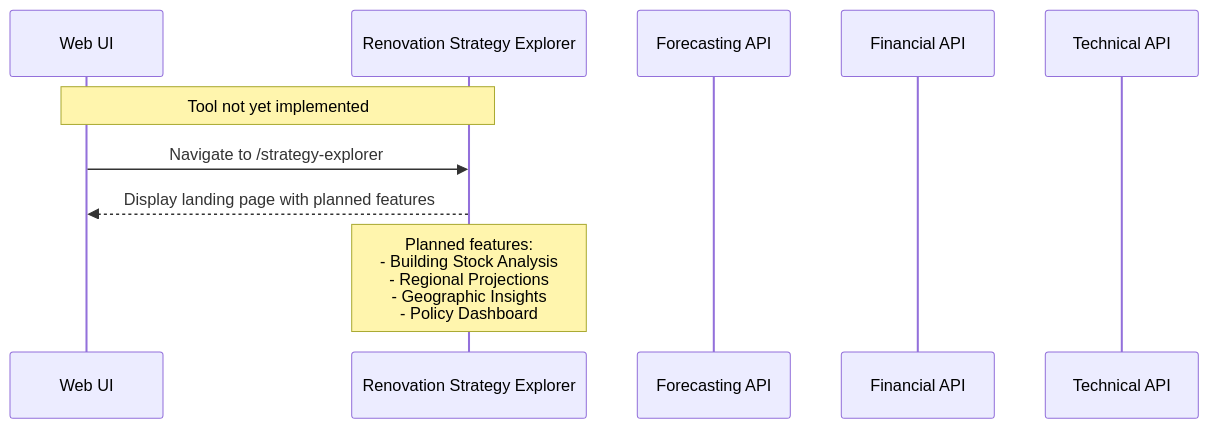
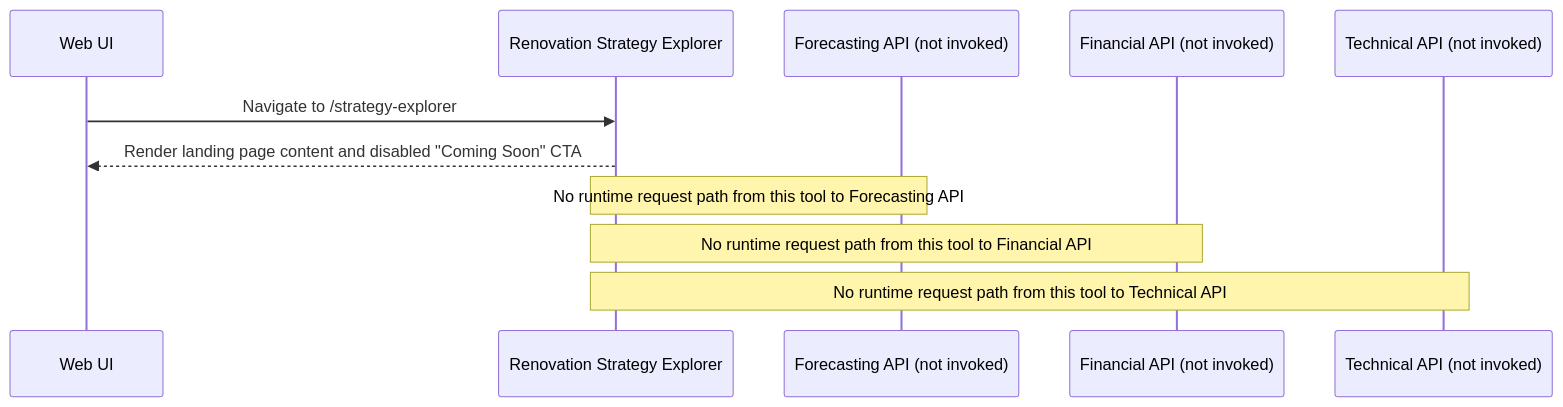
One commit to ReLIFE-Project-EU/relife-web-ui changed the third of 3 diagrams in README.md. Above: the diagram before and after it, drawn with Mermaid. The commit also changed other lines of this file, not shown here.

Commit message:
✨ Update README with revised sequence diagrams and implementation status for Home Assistant and Portfolio Renovation Advisor

````diff
--- a/README.md
+++ b/README.md
@@ -132,14 +92,14 @@
 ```mermaid
 sequenceDiagram
     participant UI as Web UI
     participant RSE as Renovation Strategy Explorer
-    participant FCAST as Forecasting API
-    participant FIN as Financial API
-    participant TECH as Technical API
+    participant FCAST as Forecasting API (not invoked)
+    participant FIN as Financial API (not invoked)
+    participant TECH as Technical API (not invoked)
 
-    Note over UI,RSE: Tool not yet implemented
     UI->>RSE: Navigate to /strategy-explorer
-    RSE-->>UI: Display landing page with planned features
-
-    Note over RSE: Planned features:<br/>- Building Stock Analysis<br/>- Regional Projections<br/>- Geographic Insights<br/>- Policy Dashboard
+    RSE-->>UI: Render landing page content and disabled "Coming Soon" CTA
+    Note over RSE,FCAST: No runtime request path from this tool to Forecasting API
+    Note over RSE,FIN: No runtime request path from this tool to Financial API
+    Note over RSE,TECH: No runtime request path from this tool to Technical API
 ```
````
